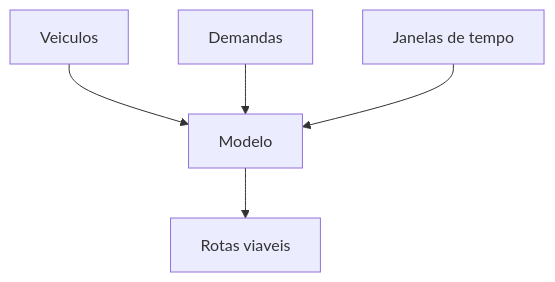
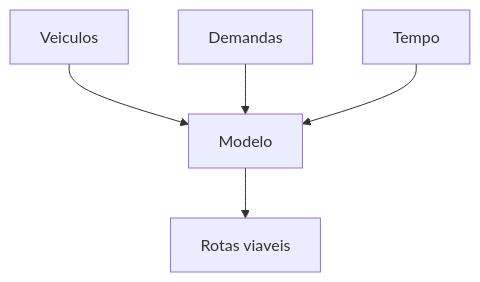
The diagram in docs/apresentacao/03-modelagem-e-funcao-objetivo.md (ThiagoBibiano/aredes-roteirizacao-numerario), drawn with Mermaid before and after one commit. The commit also changed other lines of this file and 16 other files, not shown here.

````diff
--- a/docs/apresentacao/03-modelagem-e-funcao-objetivo.md
+++ b/docs/apresentacao/03-modelagem-e-funcao-objetivo.md
@@ -22,7 +20,7 @@
 ```mermaid
 flowchart TD
     A[Veiculos] --> D[Modelo]
     B[Demandas] --> D
-    C[Janelas de tempo] --> D
+    C[Tempo] --> D
     D --> E[Rotas viaveis]
 ```
````
